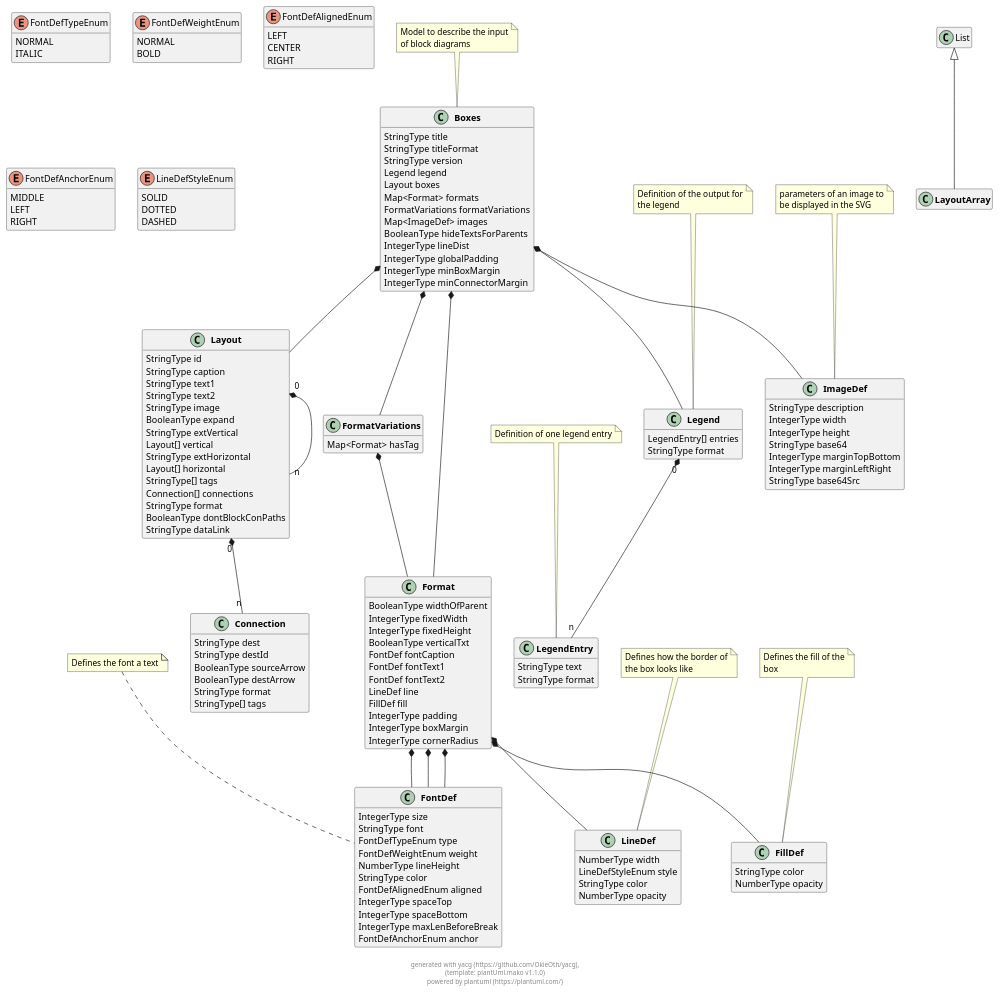
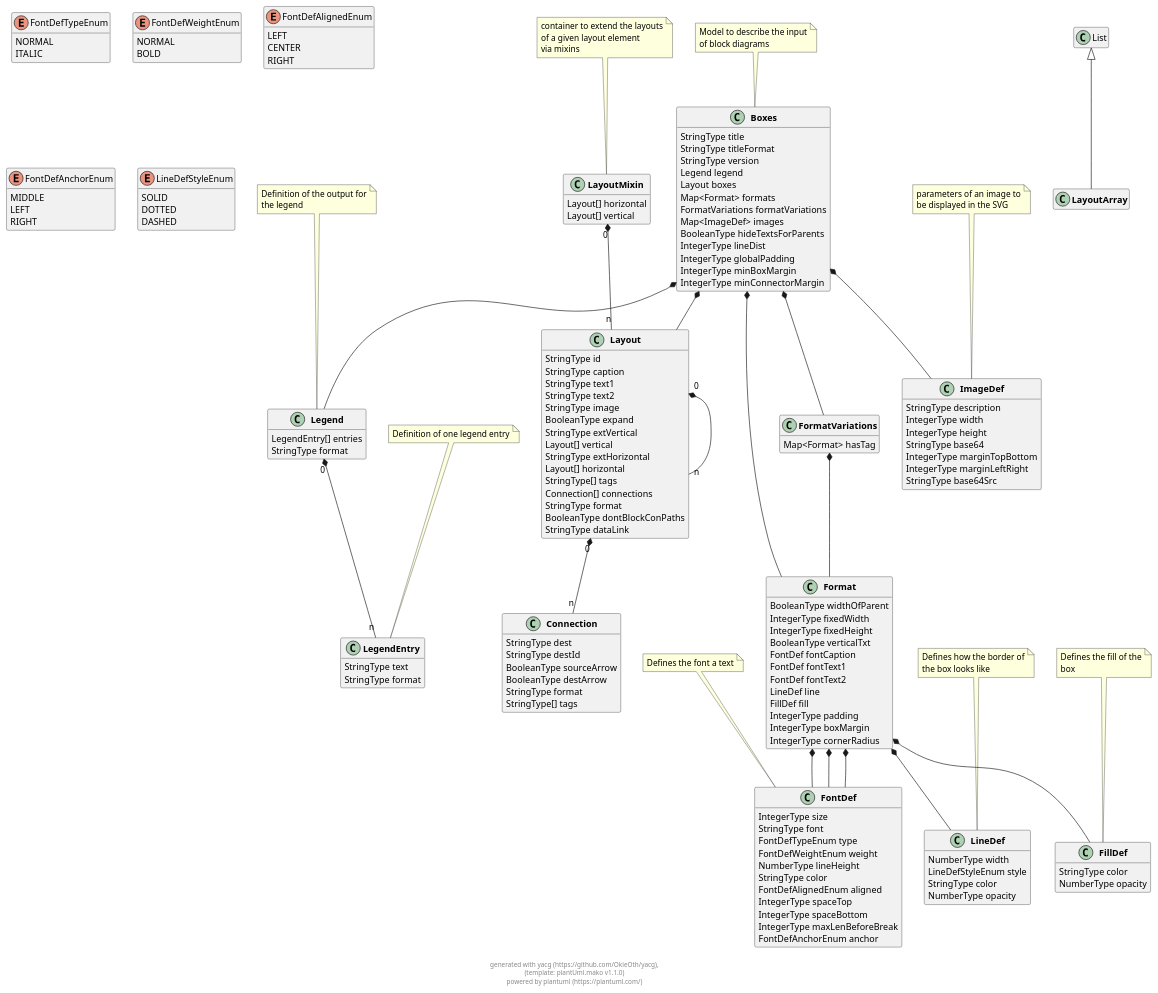
The diagram in docs/models/puml/boxes.puml (OkieOth/draw.chart.things), drawn with PlantUML before and after one commit. The commit also changed 13 other files, not shown here.

Commit message:
add layout mixins for boxes

```diff
--- a/docs/models/puml/boxes.puml
+++ b/docs/models/puml/boxes.puml
@@ -95,6 +95,14 @@
         StringType format
         StringType[] tags
 }
+
+ 
+
+class "**LayoutMixin**" as LayoutMixin {
+        Layout[] horizontal
+        Layout[] vertical
+}
+note top: container to extend the layouts\nof a given layout element\nvia mixins
 
  
 
@@ -252,6 +260,10 @@
 
 
     
+LayoutMixin "0" *-- "n" Layout
+
+
+    
     
 
 
```
